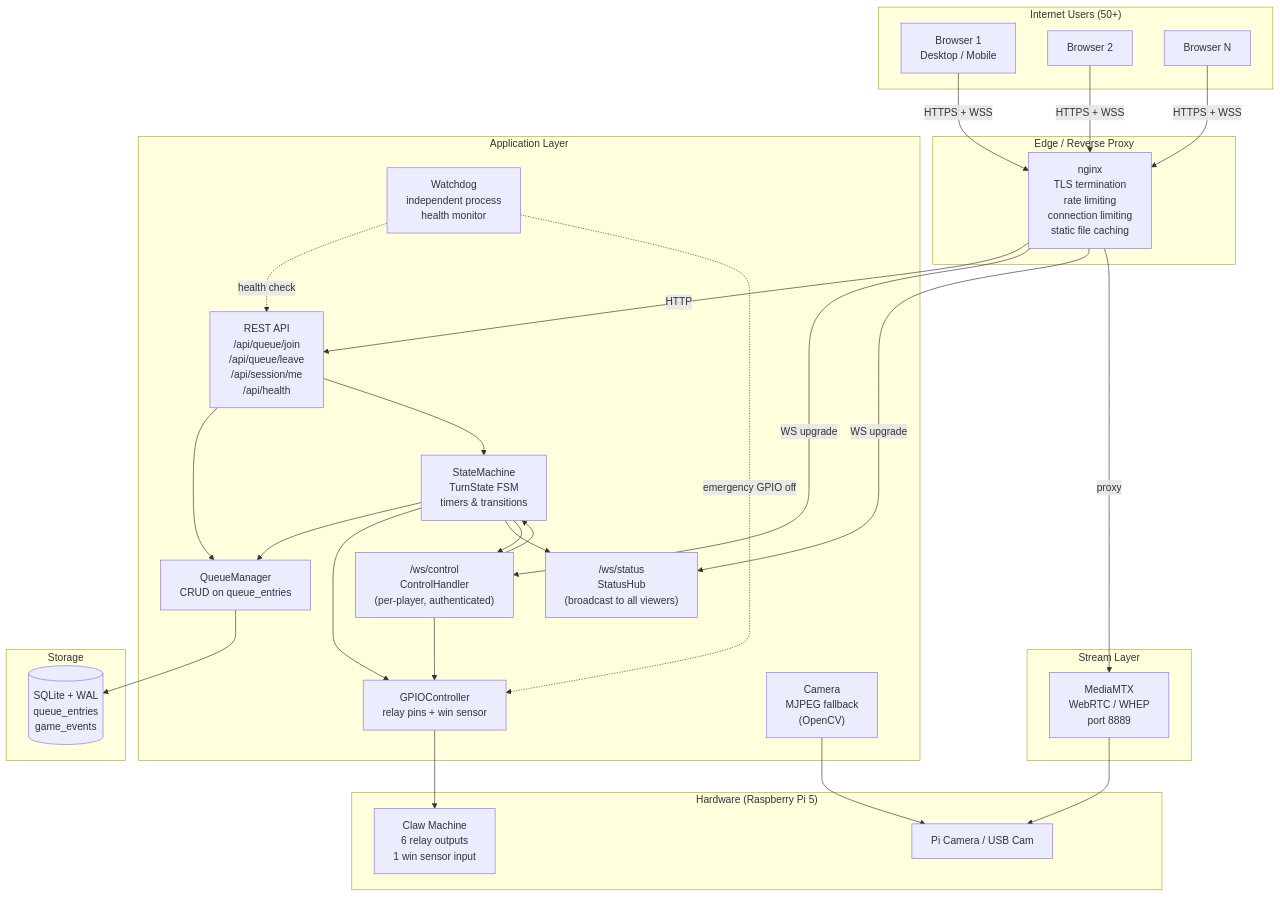
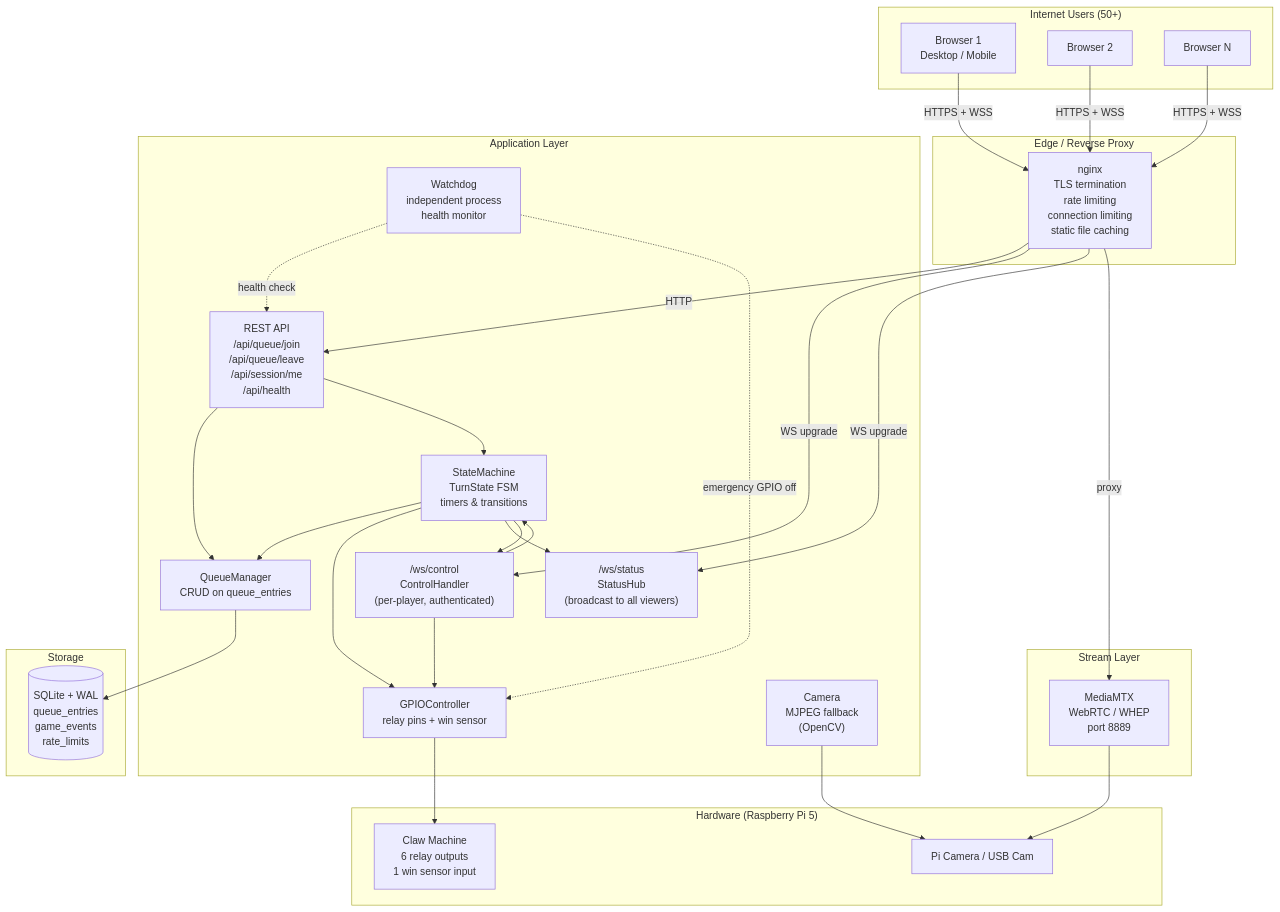
The first of 12 diagrams in docs/queue-flow.md (morroware/ECLAW), drawn with Mermaid before and after one commit. The commit also changed other lines of this file and 2 other files, not shown here.

````diff
--- a/docs/queue-flow.md
+++ b/docs/queue-flow.md
@@ -9,57 +9,57 @@
 ```mermaid
 flowchart TB
     subgraph Internet["Internet Users (50+)"]
         B1[Browser 1<br/>Desktop / Mobile]
         B2[Browser 2]
         BN[Browser N]
     end
 
     subgraph Edge["Edge / Reverse Proxy"]
         NG[nginx<br/>TLS termination<br/>rate limiting<br/>connection limiting<br/>static file caching]
     end
 
     subgraph App["Application Layer"]
         API[REST API<br/>/api/queue/join<br/>/api/queue/leave<br/>/api/session/me<br/>/api/health]
         WSCtrl["/ws/control<br/>ControlHandler<br/>(per-player, authenticated)"]
         WSStatus["/ws/status<br/>StatusHub<br/>(broadcast to all viewers)"]
         SM[StateMachine<br/>TurnState FSM<br/>timers & transitions]
         QM[QueueManager<br/>CRUD on queue_entries]
         GPIO[GPIOController<br/>relay pins + win sensor]
         CAM["Camera<br/>MJPEG fallback<br/>(OpenCV)"]
         WD[Watchdog<br/>independent process<br/>health monitor]
     end
 
     subgraph Stream["Stream Layer"]
         MTX[MediaMTX<br/>WebRTC / WHEP<br/>port 8889]
     end
 
     subgraph Storage["Storage"]
-        DB[(SQLite + WAL<br/>queue_entries<br/>game_events)]
+        DB[(SQLite + WAL<br/>queue_entries<br/>game_events<br/>rate_limits)]
     end
 
     subgraph Hardware["Hardware (Raspberry Pi 5)"]
         Claw[Claw Machine<br/>6 relay outputs<br/>1 win sensor input]
         PiCam[Pi Camera / USB Cam]
     end
 
     B1 & B2 & BN -->|HTTPS + WSS| NG
     NG -->|HTTP| API
     NG -->|WS upgrade| WSCtrl
     NG -->|WS upgrade| WSStatus
     NG -->|proxy| MTX
 
     API --> QM
     API --> SM
     WSCtrl --> SM
     WSCtrl --> GPIO
     SM --> QM
     SM --> GPIO
     SM --> WSStatus
     SM --> WSCtrl
     QM --> DB
     GPIO --> Claw
     CAM --> PiCam
     MTX --> PiCam
     WD -.->|health check| API
     WD -.->|emergency GPIO off| GPIO
 ```
````
